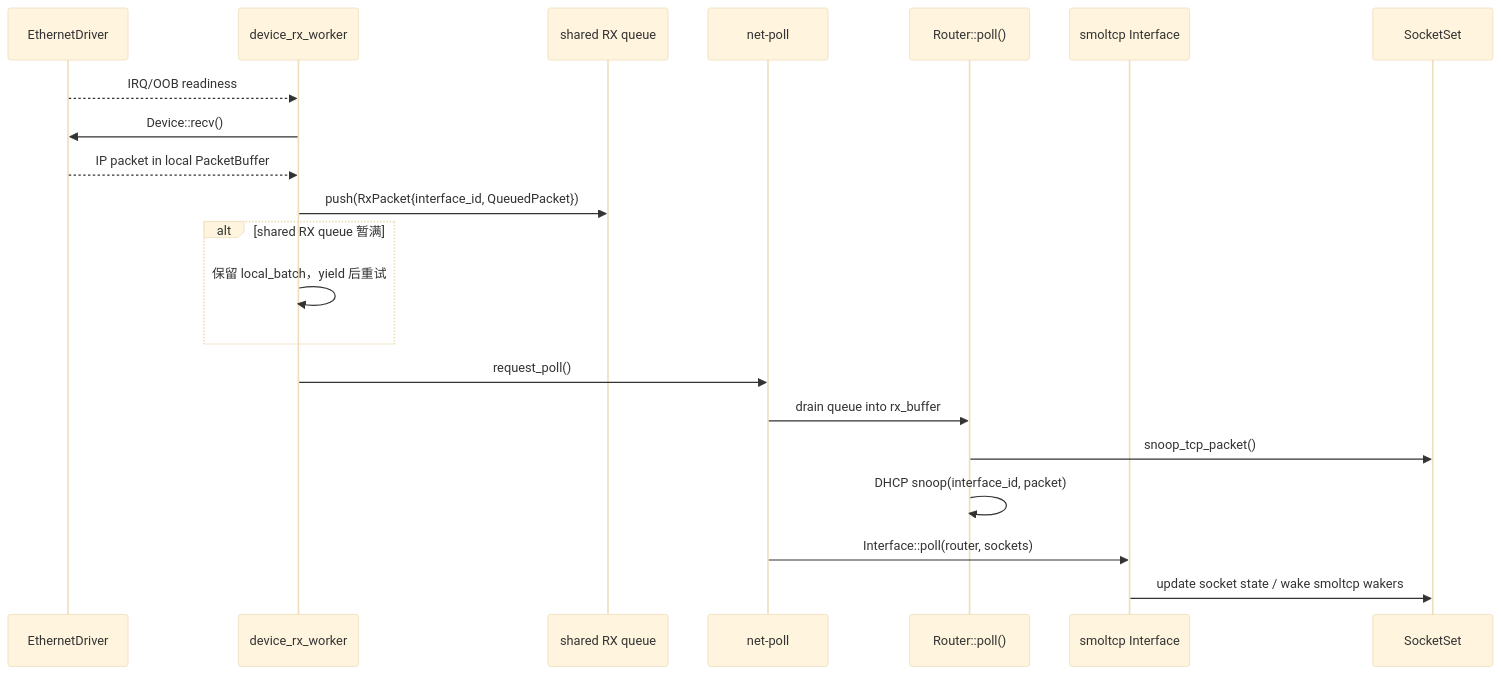
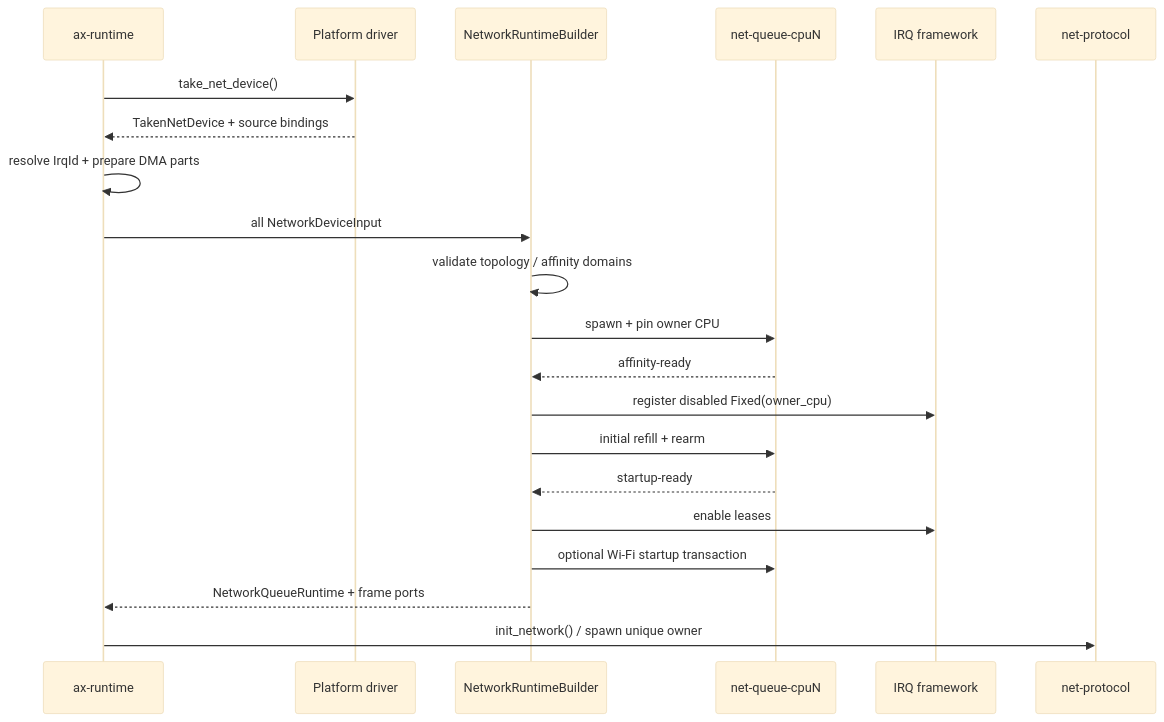
The first of 5 diagrams in docs/docs/architecture/net/flows.md (451846939/tgoskits), drawn with Mermaid (base theme) before and after one commit. The commit also changed other lines of this file and 99 other files, not shown here.

First line of the commit message:
refactor(ax-net): add queue-level NAPI runtime (#2178)

````diff
--- a/docs/docs/architecture/net/flows.md
+++ b/docs/docs/architecture/net/flows.md
@@ -260,24 +14,24 @@
 ```mermaid
 sequenceDiagram
-    participant Driver as EthernetDriver
-    participant RxW as device_rx_worker
-    participant Queue as shared RX queue
-    participant Poll as net-poll
-    participant Router as Router::poll()
-    participant Smol as smoltcp Interface
-    participant Sock as SocketSet
+    participant RT as ax-runtime
+    participant Driver as Platform driver
+    participant Builder as NetworkRuntimeBuilder
+    participant QE as net-queue-cpuN
+    participant IRQ as IRQ framework
+    participant PE as net-protocol
 
-    Driver-->>RxW: IRQ/OOB readiness
-    RxW->>Driver: Device::recv()
-    Driver-->>RxW: IP packet in local PacketBuffer
-    RxW->>Queue: push(RxPacket{interface_id, QueuedPacket})
-    alt shared RX queue 暂满
-        RxW->>RxW: 保留 local_batch，yield 后重试
-    end
-    RxW->>Poll: request_poll()
-    Poll->>Router: drain queue into rx_buffer
-    Router->>Sock: snoop_tcp_packet()
-    Router->>Router: DHCP snoop(interface_id, packet)
-    Poll->>Smol: Interface::poll(router, sockets)
-    Smol->>Sock: update socket state / wake smoltcp wakers
+    RT->>Driver: take_net_device()
+    Driver-->>RT: TakenNetDevice + source bindings
+    RT->>RT: resolve IrqId + prepare DMA parts
+    RT->>Builder: all NetworkDeviceInput
+    Builder->>Builder: validate topology / affinity domains
+    Builder->>QE: spawn + pin owner CPU
+    QE-->>Builder: affinity-ready
+    Builder->>IRQ: register disabled Fixed(owner_cpu)
+    Builder->>QE: initial refill + rearm
+    QE-->>Builder: startup-ready
+    Builder->>IRQ: enable leases
+    Builder->>QE: optional Wi-Fi startup transaction
+    Builder-->>RT: NetworkQueueRuntime + frame ports
+    RT->>PE: init_network() / spawn unique owner
 ```
````
